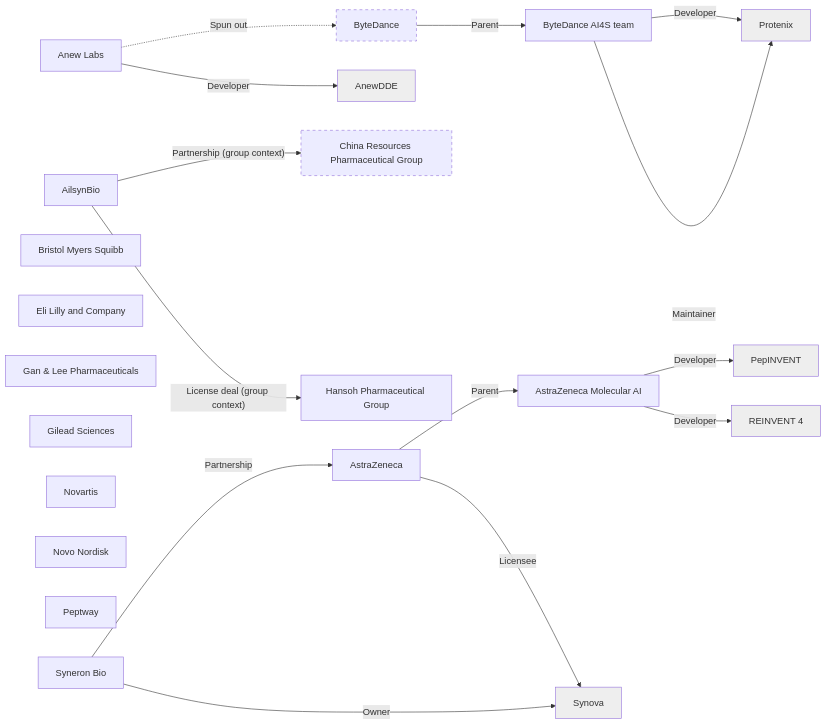
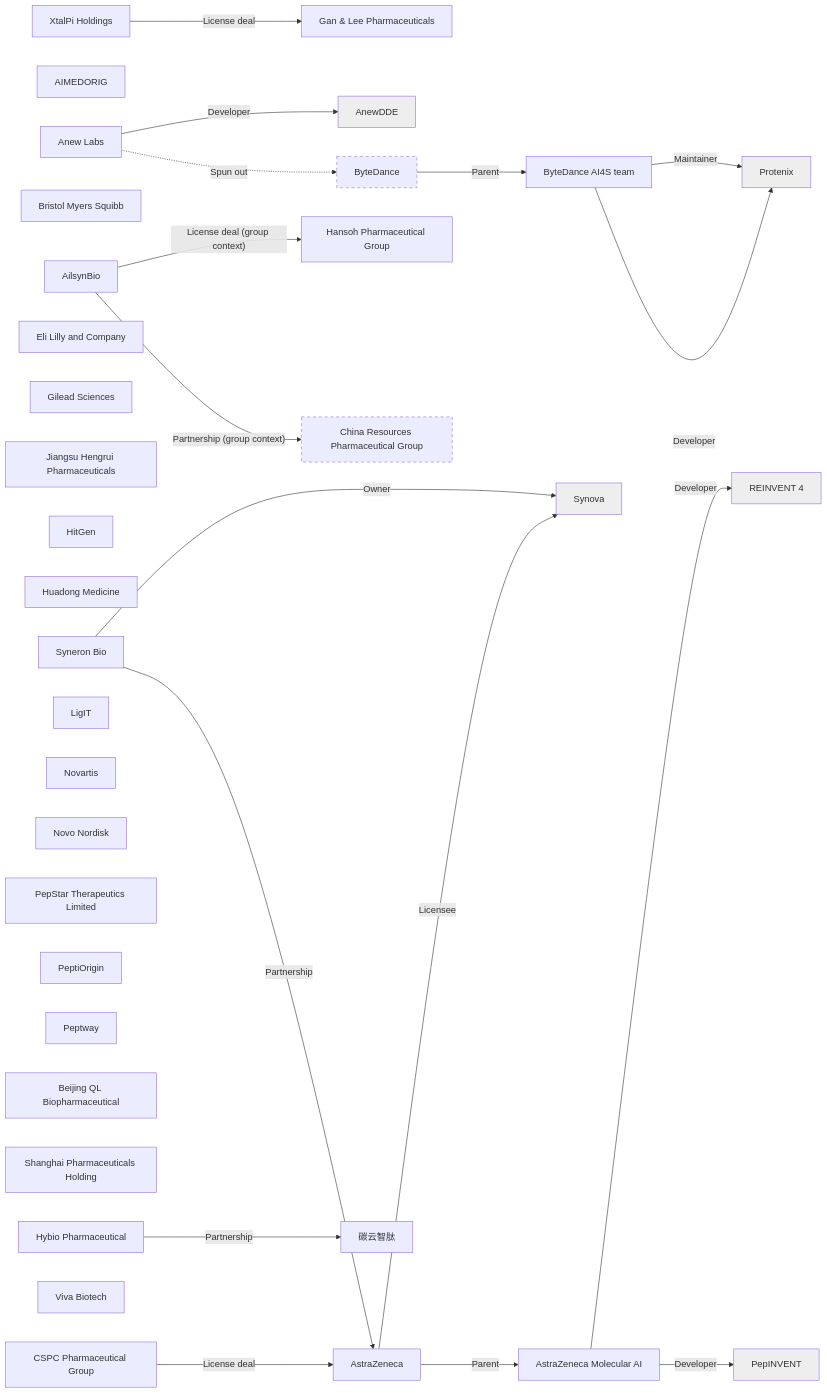
The diagram in index/lineage.md (zhaisilong/awesome-peptide-company), drawn with Mermaid before and after one commit. The commit also changed other lines of this file and 133 other files, not shown here.

````diff
--- a/index/lineage.md
+++ b/index/lineage.md
@@ -7,39 +7,56 @@
 ```mermaid
 flowchart LR
     e0["AilsynBio"]
-    e1["Anew Labs"]
-    e2["AstraZeneca"]
-    e3["AstraZeneca Molecular AI"]
-    e4["Bristol Myers Squibb"]
-    e5["ByteDance"]:::stub
-    e6["ByteDance AI4S team"]
-    e7["China Resources Pharmaceutical Group"]:::stub
-    e8["Eli Lilly and Company"]
-    e9["Gan & Lee Pharmaceuticals"]
-    e10["Gilead Sciences"]
-    e11["Hansoh Pharmaceutical Group"]
-    e12["Novartis"]
-    e13["Novo Nordisk"]
-    e14["Peptway"]
-    e15["Syneron Bio"]
+    e1["AIMEDORIG"]
+    e2["Anew Labs"]
+    e3["AstraZeneca"]
+    e4["AstraZeneca Molecular AI"]
+    e5["Bristol Myers Squibb"]
+    e6["ByteDance"]:::stub
+    e7["ByteDance AI4S team"]
+    e8["China Resources Pharmaceutical Group"]:::stub
+    e9["CSPC Pharmaceutical Group"]
+    e10["Eli Lilly and Company"]
+    e11["Gan & Lee Pharmaceuticals"]
+    e12["Gilead Sciences"]
+    e13["Hansoh Pharmaceutical Group"]
+    e14["Jiangsu Hengrui Pharmaceuticals"]
+    e15["HitGen"]
+    e16["Huadong Medicine"]
+    e17["Hybio Pharmaceutical"]
+    e18["LigIT"]
+    e19["Novartis"]
+    e20["Novo Nordisk"]
+    e21["PepStar Therapeutics Limited"]
+    e22["PeptiOrigin"]
+    e23["Peptway"]
+    e24["Beijing QL Biopharmaceutical"]
+    e25["Shanghai Pharmaceuticals Holding"]
+    e26["Syneron Bio"]
+    e27["碳云智肽"]
+    e28["Viva Biotech"]
+    e29["XtalPi Holdings"]
     a0["AnewDDE"]:::asset
     a1["PepINVENT"]:::asset
     a2["Protenix"]:::asset
     a3["REINVENT 4"]:::asset
     a4["Synova"]:::asset
-    e0 -->|"Partnership (group context)"| e7
-    e0 -->|"License deal (group context)"| e11
-    e1 -.->|"Spun out"| e5
-    e2 -->|"Parent"| e3
-    e5 -->|"Parent"| e6
-    e15 -->|"Partnership"| e2
-    e1 -->|"Developer"| a0
-    e2 -->|"Licensee"| a4
-    e3 -->|"Developer"| a1
-    e3 -->|"Developer"| a3
-    e6 -->|"Developer"| a2
-    e6 -->|"Maintainer"| a2
-    e15 -->|"Owner"| a4
+    e0 -->|"Partnership (group context)"| e8
+    e0 -->|"License deal (group context)"| e13
+    e2 -.->|"Spun out"| e6
+    e3 -->|"Parent"| e4
+    e6 -->|"Parent"| e7
+    e9 -->|"License deal"| e3
+    e17 -->|"Partnership"| e27
+    e26 -->|"Partnership"| e3
+    e29 -->|"License deal"| e11
+    e2 -->|"Developer"| a0
+    e3 -->|"Licensee"| a4
+    e4 -->|"Developer"| a1
+    e4 -->|"Developer"| a3
+    e7 -->|"Developer"| a2
+    e7 -->|"Maintainer"| a2
+    e26 -->|"Owner"| a4
     classDef stub stroke-dasharray: 5 5
     classDef asset fill:#eeeeee
 ```
````
